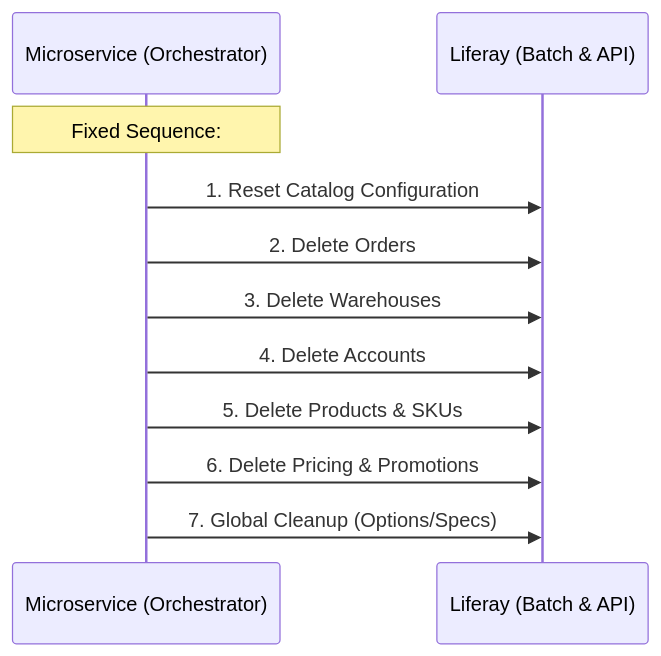
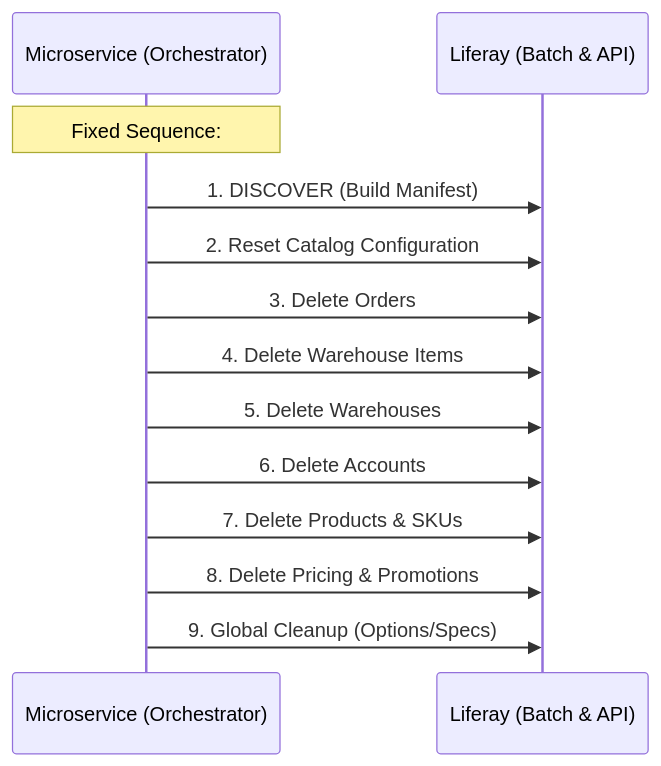
One commit to peterrichards-lr/liferay-ai-commerce-accelerator changed the fourth of 7 diagrams in docs/workflow-diagrams.md. Above: the diagram before and after it, drawn with Mermaid. The commit also changed other lines of this file and 110 other files, not shown here.

````diff
--- a/docs/workflow-diagrams.md
+++ b/docs/workflow-diagrams.md
@@ -86,14 +86,16 @@
 ```mermaid
 sequenceDiagram
     participant MS as Microservice (Orchestrator)
     participant LR as Liferay (Batch & API)
     
     Note over MS: Fixed Sequence:
-    MS->>LR: 1. Reset Catalog Configuration
-    MS->>LR: 2. Delete Orders
-    MS->>LR: 3. Delete Warehouses
-    MS->>LR: 4. Delete Accounts
-    MS->>LR: 5. Delete Products & SKUs
-    MS->>LR: 6. Delete Pricing & Promotions
-    MS->>LR: 7. Global Cleanup (Options/Specs)
+    MS->>LR: 1. DISCOVER (Build Manifest)
+    MS->>LR: 2. Reset Catalog Configuration
+    MS->>LR: 3. Delete Orders
+    MS->>LR: 4. Delete Warehouse Items
+    MS->>LR: 5. Delete Warehouses
+    MS->>LR: 6. Delete Accounts
+    MS->>LR: 7. Delete Products & SKUs
+    MS->>LR: 8. Delete Pricing & Promotions
+    MS->>LR: 9. Global Cleanup (Options/Specs)
 ```
````
